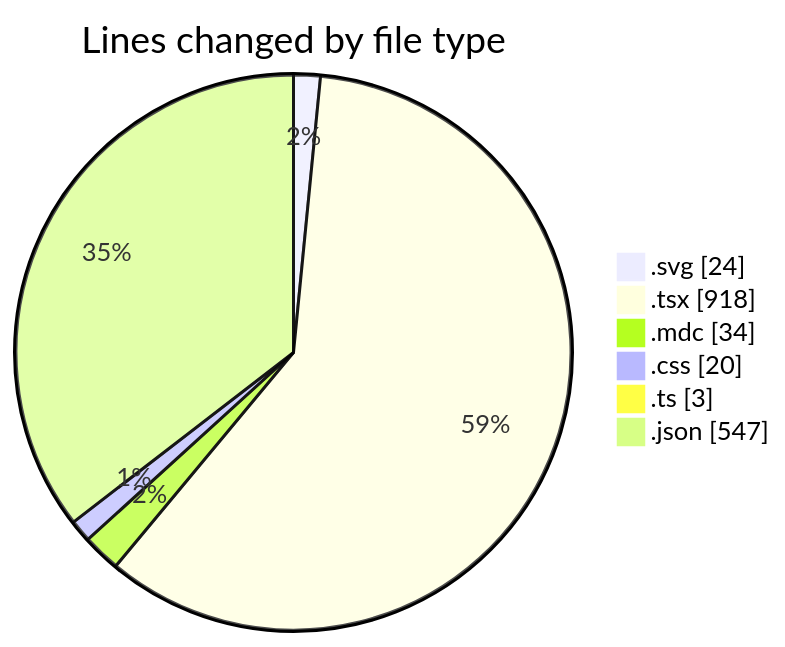
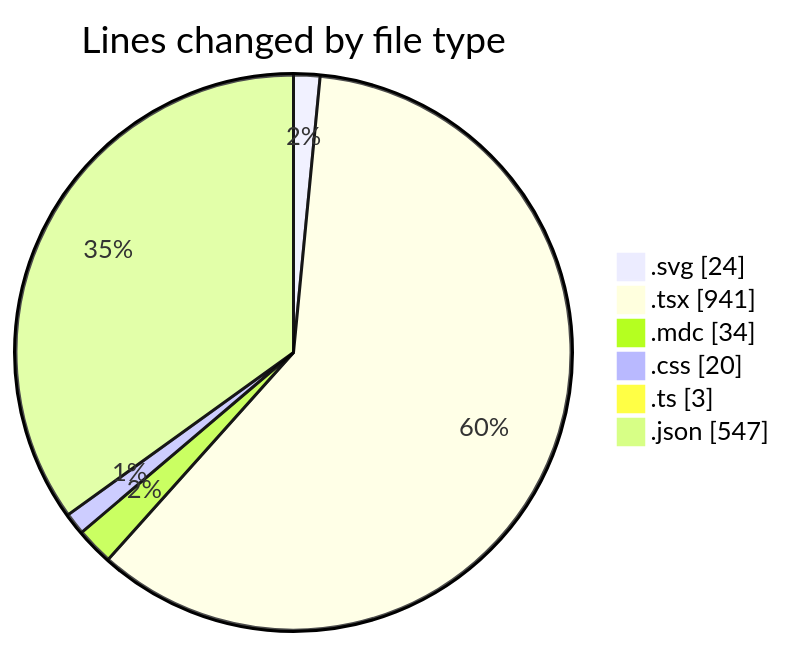
One commit to EIIisD/code-tracking changed the first of 2 diagrams in 2025-07-18/ribbon/README.md. Above: the diagram before and after it, drawn with Mermaid. The commit also changed other lines of this file and 1 other file, not shown here.

````diff
--- a/2025-07-18/ribbon/README.md
+++ b/2025-07-18/ribbon/README.md
@@ -27,10 +27,10 @@
 ```mermaid
 pie showData
 title Lines changed by file type
 ".svg" : 24
-".tsx" : 918
+".tsx" : 941
 ".mdc" : 34
 ".css" : 20
 ".ts" : 3
 ".json" : 547
 ```
````
